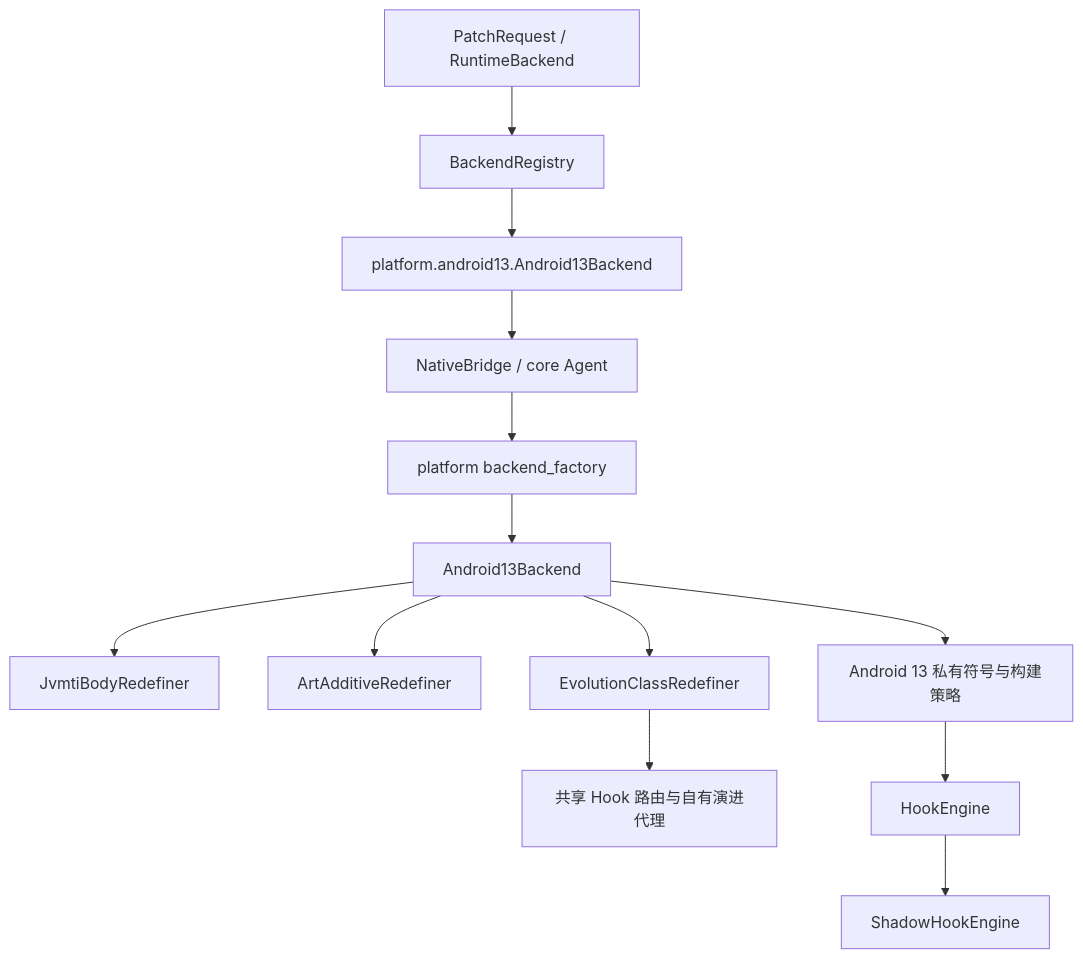
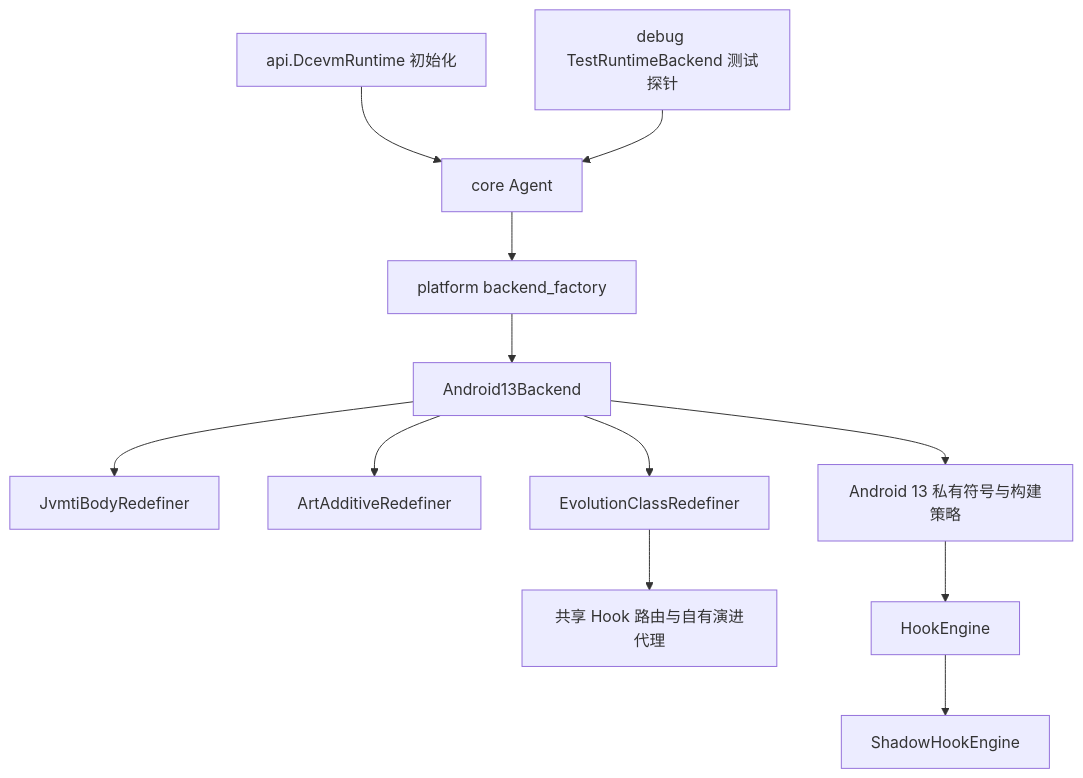
The diagram in docs/README.md (ytlog/art-dcevm), drawn with Mermaid before and after one commit. The commit also changed other lines of this file and 23 other files, not shown here.

````diff
--- a/docs/README.md
+++ b/docs/README.md
@@ -109,15 +109,14 @@
 ```mermaid
 flowchart TD
-    A[PatchRequest / RuntimeBackend] --> B[BackendRegistry]
-    B --> C[platform.android13.Android13Backend]
-    C --> D[NativeBridge / core Agent]
+    A[api.DcevmRuntime 初始化] --> D[core Agent]
+    B[debug TestRuntimeBackend 测试探针] --> D
     D --> E[platform backend_factory]
     E --> F[Android13Backend]
     F --> G[JvmtiBodyRedefiner]
     F --> H[ArtAdditiveRedefiner]
     F --> I[EvolutionClassRedefiner]
     I --> M[共享 Hook 路由与自有演进代理]
     F --> J[Android 13 私有符号与构建策略]
     J --> K[HookEngine]
     K --> L[ShadowHookEngine]
 ```
````
